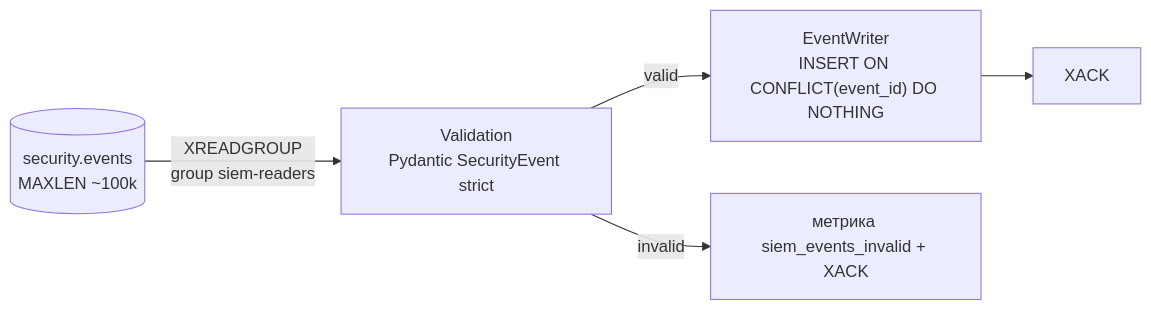
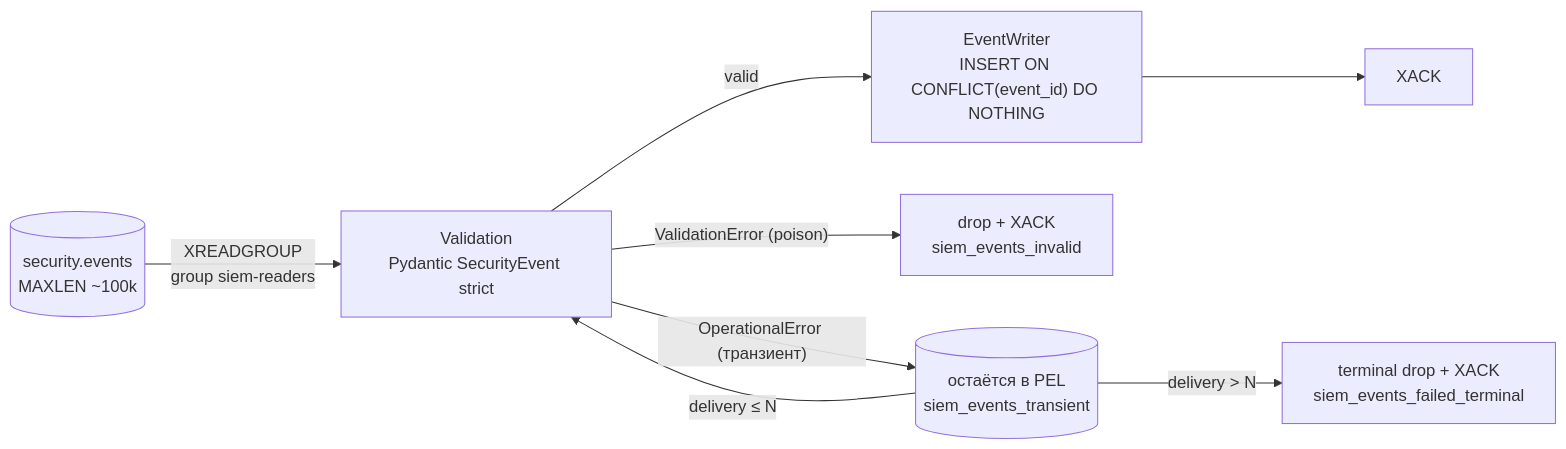
Before and after one commit to Bbar0n234/learnflow-ai: the second of 3 diagrams in doc/tech/siem-service.md, drawn with Mermaid. The commit also changed other lines of this file and 4 other files, not shown here.

````diff
--- a/doc/tech/siem-service.md
+++ b/doc/tech/siem-service.md
@@ -80,7 +80,10 @@
 ```mermaid
 graph LR
     STREAM[("security.events<br>MAXLEN ~100k")] -->|"XREADGROUP<br>group siem-readers"| VAL["Validation<br>Pydantic SecurityEvent strict"]
     VAL -->|valid| WRITE["EventWriter<br>INSERT ON CONFLICT(event_id) DO NOTHING"]
-    VAL -->|invalid| DROP["метрика siem_events_invalid + XACK"]
+    VAL -->|"ValidationError (poison)"| DROP["drop + XACK<br>siem_events_invalid"]
+    VAL -->|"OperationalError (транзиент)"| PEL[("остаётся в PEL<br>siem_events_transient")]
+    PEL -->|"delivery > N"| FAIL["terminal drop + XACK<br>siem_events_failed_terminal"]
+    PEL -->|"delivery ≤ N"| VAL
     WRITE --> ACK["XACK"]
 ```
````
